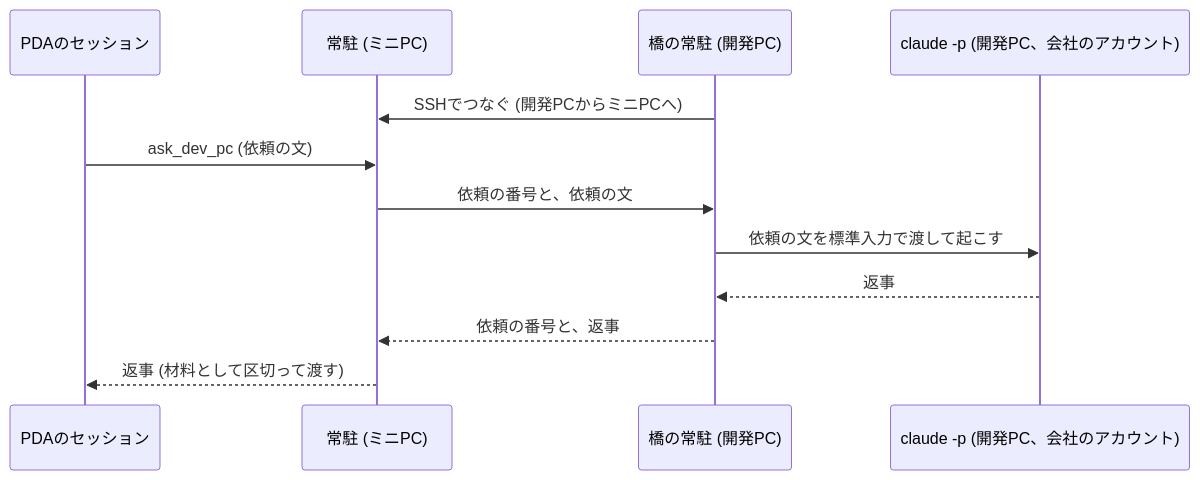
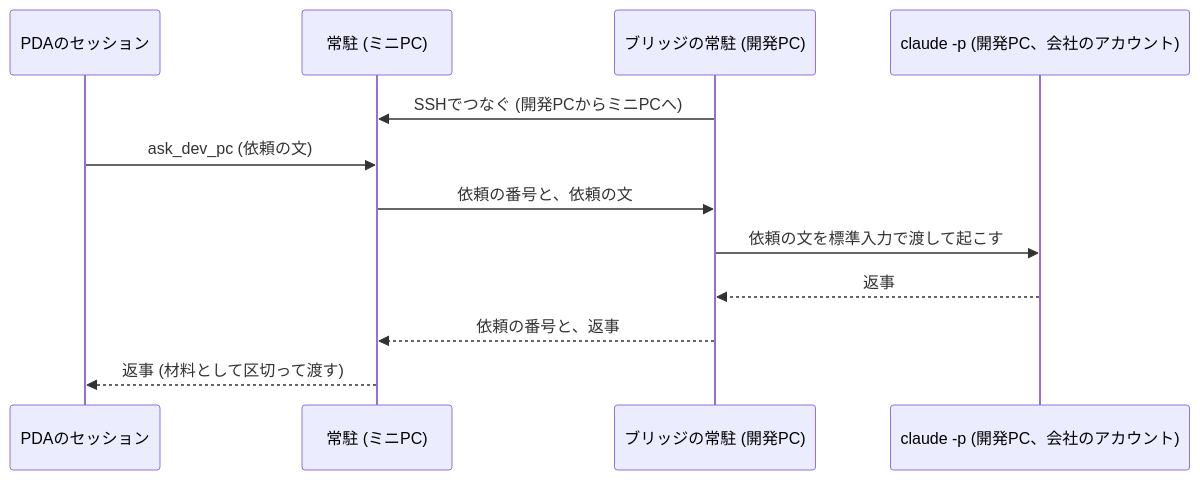
The second of 2 diagrams in docs/claude-unification/design-stage2.md (myurait/pda), drawn with Mermaid before and after one commit. The commit also changed other lines of this file and 9 other files, not shown here.

````diff
--- a/docs/claude-unification/design-stage2.md
+++ b/docs/claude-unification/design-stage2.md
@@ -154,14 +154,14 @@
 ```mermaid
 sequenceDiagram
   participant S as PDAのセッション
   participant D as 常駐 (ミニPC)
-  participant B as 橋の常駐 (開発PC)
+  participant B as ブリッジの常駐 (開発PC)
   participant C as claude -p (開発PC、会社のアカウント)
   B->>D: SSHでつなぐ (開発PCからミニPCへ)
   S->>D: ask_dev_pc (依頼の文)
   D->>B: 依頼の番号と、依頼の文
   B->>C: 依頼の文を標準入力で渡して起こす
   C-->>B: 返事
   B-->>D: 依頼の番号と、返事
   D-->>S: 返事 (材料として区切って渡す)
 ```
````
